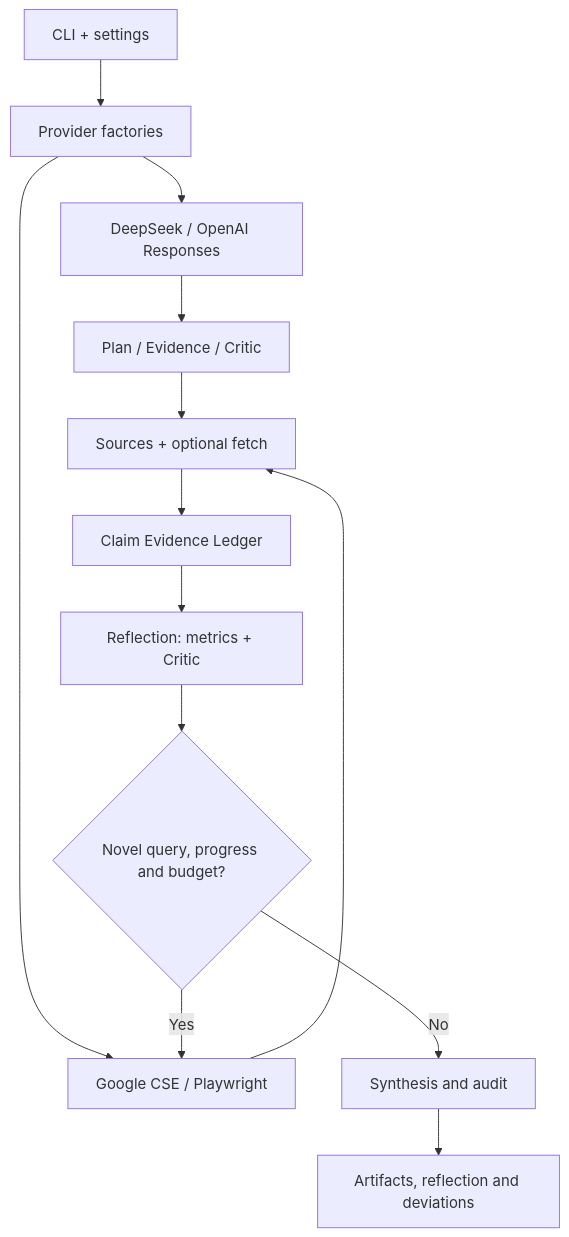
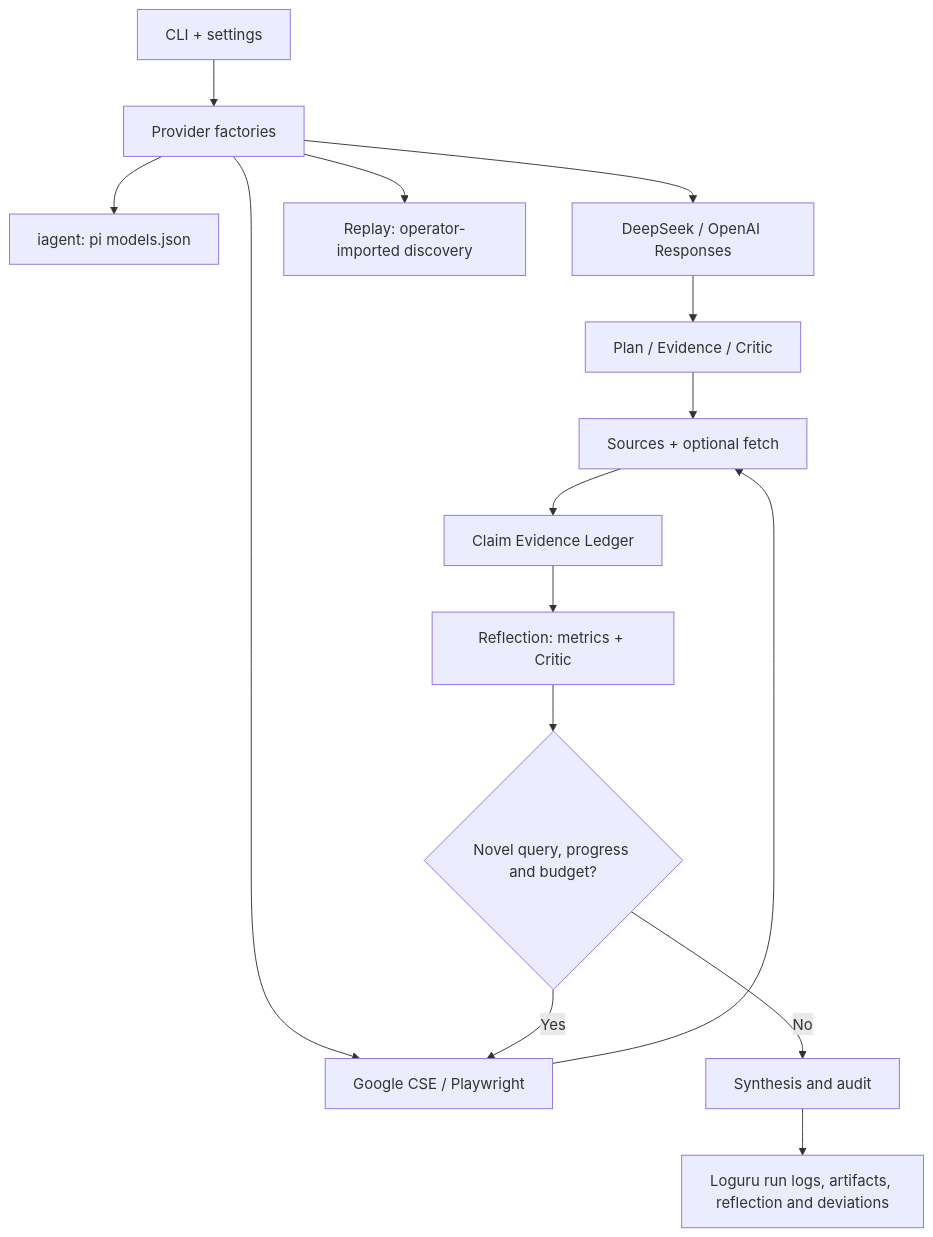
The diagram in README.md (1998x-stack/deep-search), drawn with Mermaid before and after one commit. The commit also changed other lines of this file and 12 other files, not shown here.

````diff
--- a/README.md
+++ b/README.md
@@ -37,15 +50,17 @@
 ```mermaid
 flowchart TD
     A[CLI + settings] --> B[Provider factories]
+    B --> B2[iagent: pi models.json]
     B --> C[DeepSeek / OpenAI Responses]
     B --> D[Google CSE / Playwright]
+    B --> D2[Replay: operator-imported discovery]
     C --> E[Plan / Evidence / Critic]
     D --> F[Sources + optional fetch]
     E --> F
     F --> G[Claim Evidence Ledger]
     G --> H[Reflection: metrics + Critic]
     H --> I{Novel query, progress and budget?}
     I -->|Yes| D
     I -->|No| J[Synthesis and audit]
-    J --> K[Artifacts, reflection and deviations]
+    J --> K[Loguru run logs, artifacts, reflection and deviations]
 ```
````
